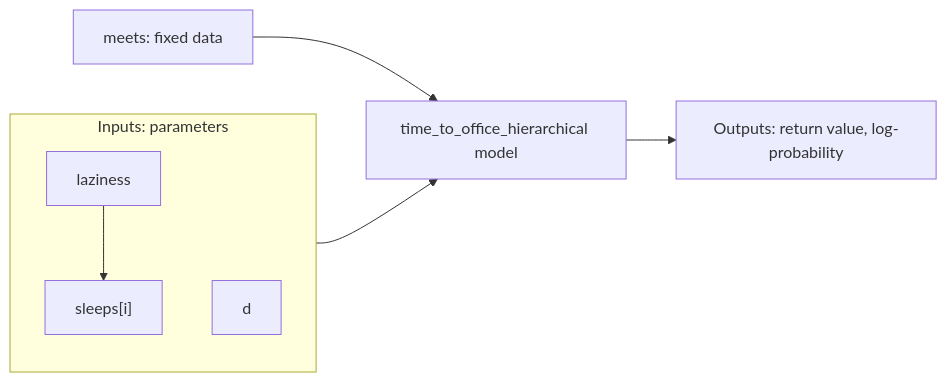
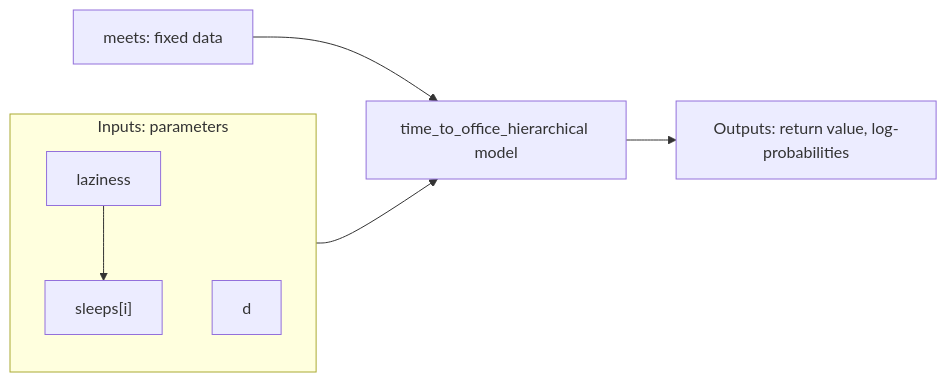
The third of 3 diagrams in docs/src/tutorials/beginner.md (JuliaBayes/Wren.jl), drawn with Mermaid before and after one commit. The commit also changed other lines of this file and 2 other files, not shown here.

````diff
--- a/docs/src/tutorials/beginner.md
+++ b/docs/src/tutorials/beginner.md
@@ -447,10 +479,10 @@
 ```mermaid
 flowchart LR
     meets[meets: fixed data] --> M
     subgraph inputs [Inputs: parameters]
         L[laziness] --> S["sleeps[i]"]
         D[d]
     end
     inputs --> M[time_to_office_hierarchical model]
-    M --> O[Outputs: return value, log-probability]
+    M --> O[Outputs: return value, log-probabilities]
 ```
````
